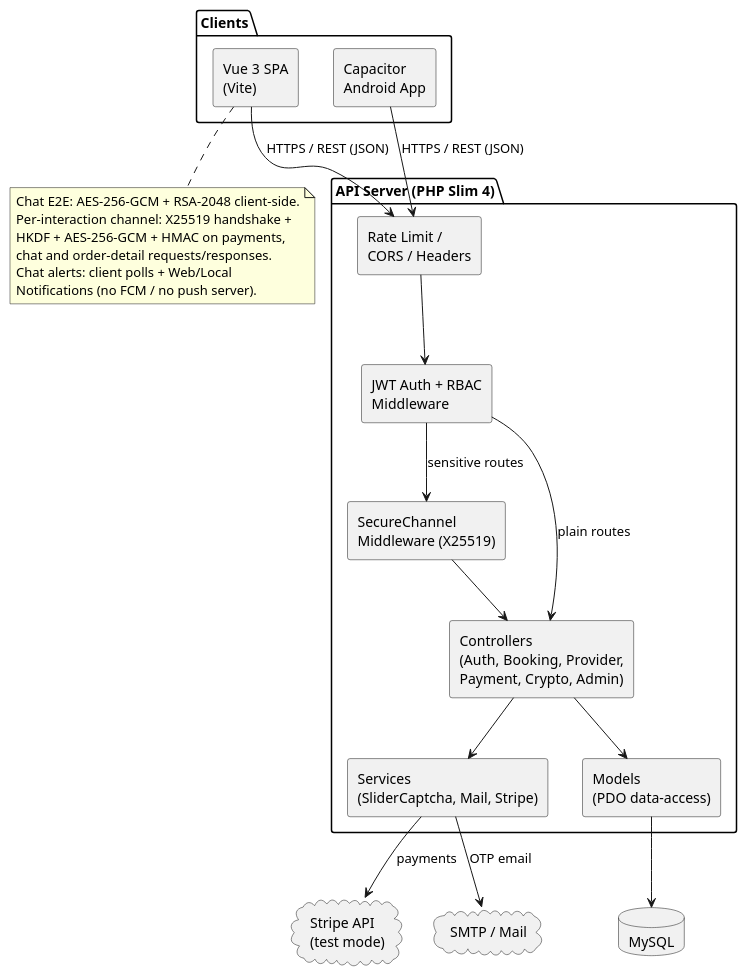
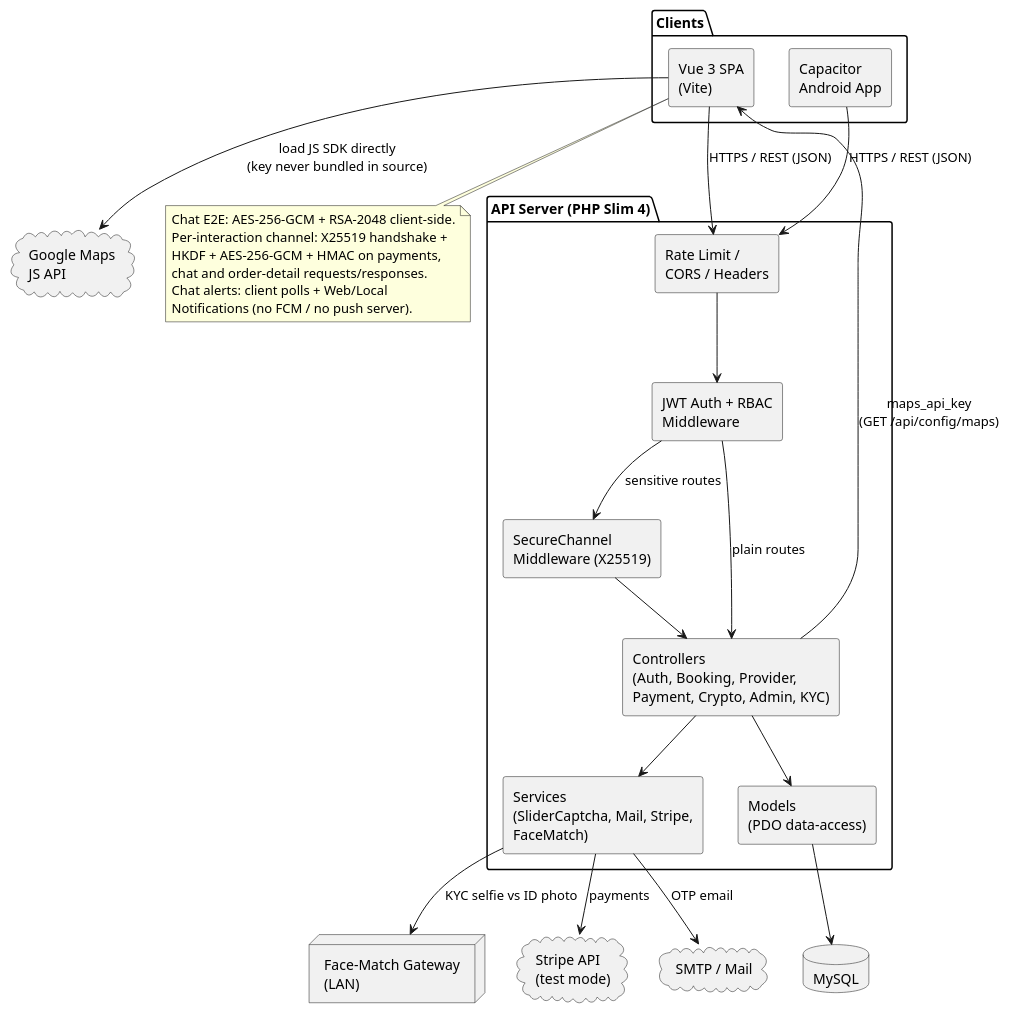
Before and after one commit to OLGTX303/fixit: the second of 10 diagrams in fixit-pr3/doc/PR3_Diagrams.puml.md, drawn with PlantUML. The commit also changed 1 other file, not shown here.

Commit message:
docs: add Google Maps and face-match gateway to the architecture diagrams
Both were real external integrations missing from the System Architecture
diagram (Slide 10) and the root README's simplified version. Direction
matters: Google Maps is browser-to-Google directly (backend only hands over
the API key via the origin-checked /api/config/maps endpoint, key never
bundled in source); the face-match gateway is backend-to-LAN-service only,
the browser never talks to it.

````diff
--- a/fixit-pr3/doc/PR3_Diagrams.puml.md
+++ b/fixit-pr3/doc/PR3_Diagrams.puml.md
@@ -68,45 +68,50 @@
 ```plantuml
 @startuml Architecture
 skinparam componentStyle rectangle
 skinparam shadowing false
 
 package "Clients" {
   [Vue 3 SPA\n(Vite)] as Web
   [Capacitor\nAndroid App] as Android
 }
 
 package "API Server (PHP Slim 4)" {
   [Rate Limit /\nCORS / Headers] as Sec
   [JWT Auth + RBAC\nMiddleware] as JWT
   [SecureChannel\nMiddleware (X25519)] as SCM
-  [Controllers\n(Auth, Booking, Provider,\nPayment, Crypto, Admin)] as API
-  [Services\n(SliderCaptcha, Mail, Stripe)] as Svc
+  [Controllers\n(Auth, Booking, Provider,\nPayment, Crypto, Admin, KYC)] as API
+  [Services\n(SliderCaptcha, Mail, Stripe,\nFaceMatch)] as Svc
   [Models\n(PDO data-access)] as PDO
 }
 
 database "MySQL" as DB
 cloud "Stripe API\n(test mode)" as Stripe
 cloud "SMTP / Mail" as Mail
+cloud "Google Maps\nJS API" as Maps
+node "Face-Match Gateway\n(LAN)" as FaceMatch
 
 note bottom of Web
   Chat E2E: AES-256-GCM + RSA-2048 client-side.
   Per-interaction channel: X25519 handshake +
   HKDF + AES-256-GCM + HMAC on payments,
   chat and order-detail requests/responses.
   Chat alerts: client polls + Web/Local
   Notifications (no FCM / no push server).
 end note
 
 Web --> Sec : HTTPS / REST (JSON)
 Android --> Sec : HTTPS / REST (JSON)
 Sec --> JWT
 JWT --> SCM : sensitive routes
 SCM --> API
 JWT --> API : plain routes
 API --> Svc
 API --> PDO
 PDO --> DB
 Svc --> Stripe : payments
 Svc --> Mail : OTP email
+Svc --> FaceMatch : KYC selfie vs ID photo
+API --> Web : maps_api_key\n(GET /api/config/maps)
+Web --> Maps : load JS SDK directly\n(key never bundled in source)
 @enduml
 ```
````
